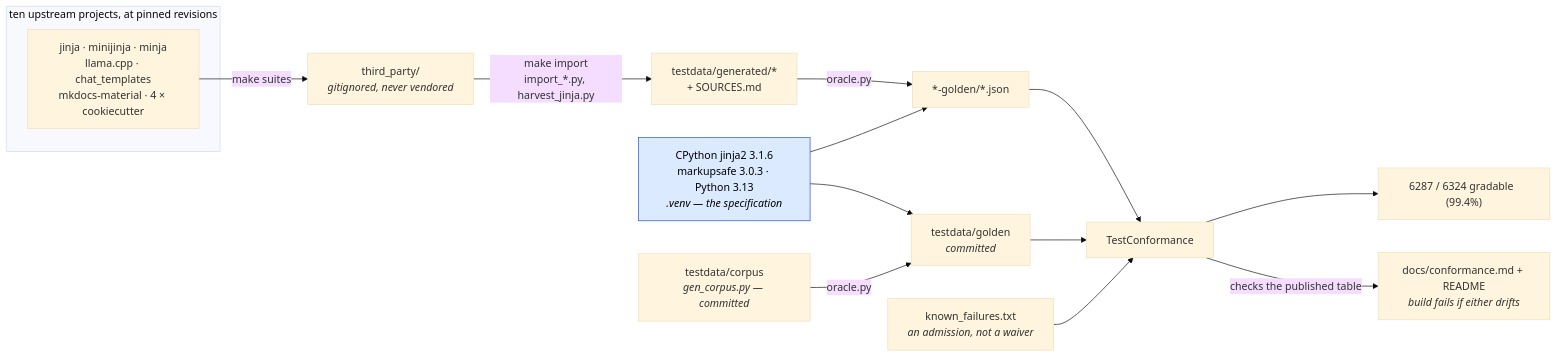
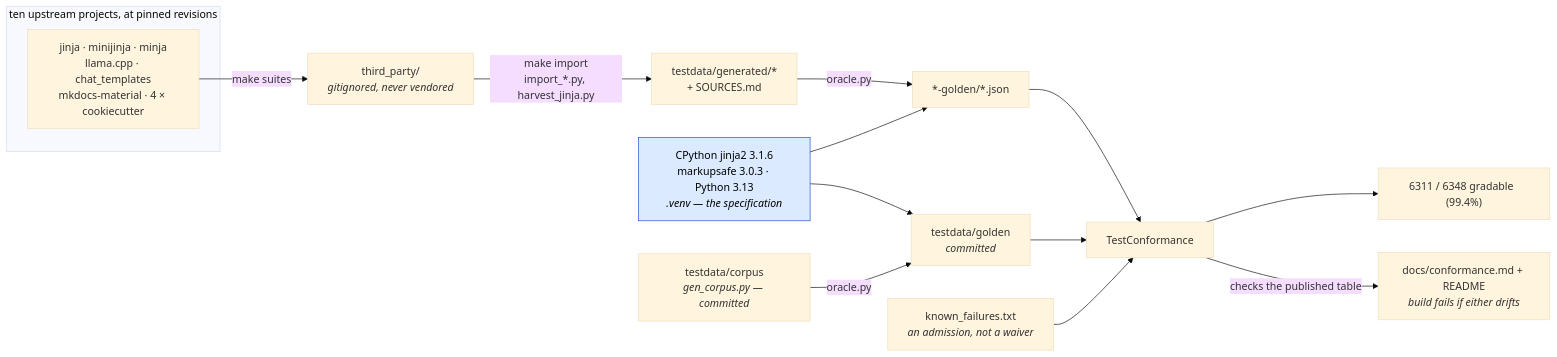
One commit to mgilbir/gojja2 changed the first of 2 diagrams in docs/conformance.md. Above: the diagram before and after it, drawn with Mermaid (base theme). The commit also changed other lines of this file and 77 other files, not shown here.

````diff
--- a/docs/conformance.md
+++ b/docs/conformance.md
@@ -17,24 +17,24 @@
 ```mermaid
 flowchart LR
     subgraph up["ten upstream projects, at pinned revisions"]
         U1["jinja · minijinja · minja<br/>llama.cpp · chat_templates<br/>mkdocs-material · 4 × cookiecutter"]
     end
     U1 -->|"make suites"| TP["third_party/<br/><i>gitignored, never vendored</i>"]
     TP -->|"make import<br/>import_*.py, harvest_jinja.py"| GEN["testdata/generated/*<br/>+ SOURCES.md"]
 
     ORA["CPython jinja2 3.1.6<br/>markupsafe 3.0.3 · Python 3.13<br/><i>.venv — the specification</i>"]
     GEN -->|"oracle.py"| G2["*-golden/*.json"]
     ORA --> G2
 
     OWN["testdata/corpus<br/><i>gen_corpus.py — committed</i>"] -->|"oracle.py"| G1["testdata/golden<br/><i>committed</i>"]
     ORA --> G1
 
     G1 --> TC["TestConformance"]
     G2 --> TC
     KF["known_failures.txt<br/><i>an admission, not a waiver</i>"] --> TC
-    TC --> RATE["6287 / 6324 gradable  (99.4%)"]
+    TC --> RATE["6311 / 6348 gradable  (99.4%)"]
     TC -->|"checks the published table"| RM["docs/conformance.md + README<br/><i>build fails if either drifts</i>"]
 
     classDef spec fill:#dbeafe,stroke:#1d4ed8,color:#000
     class ORA spec
 ```
````
